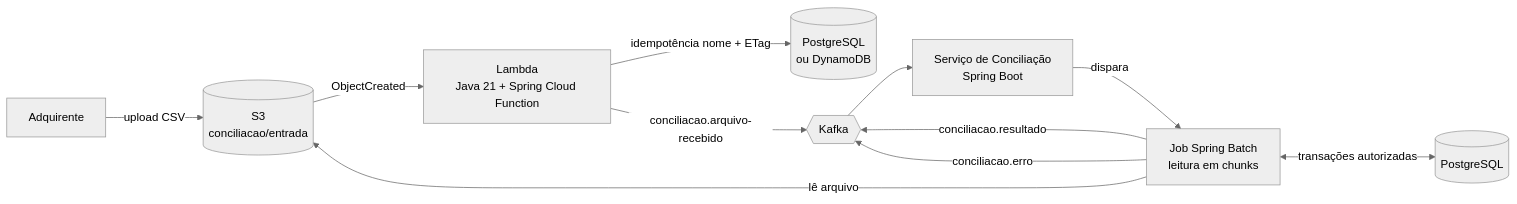
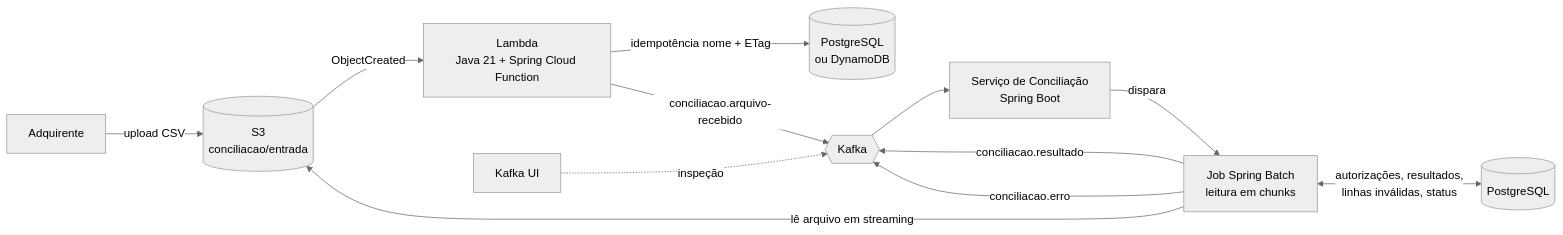
One commit to douglascroti/conciliacao-cartoes-spring-kafka changed the diagram in README.md. Above: the diagram before and after it, drawn with Mermaid (neutral theme). The commit also changed other lines of this file, not shown here.

````diff
--- a/README.md
+++ b/README.md
@@ -50,13 +53,14 @@
 ```mermaid
 flowchart LR
     A[Adquirente] -->|upload CSV| S3[(S3<br/>conciliacao/entrada)]
     S3 -->|ObjectCreated| L[Lambda<br/>Java 21 + Spring Cloud Function]
     L -->|idempotência nome + ETag| ID[(PostgreSQL<br/>ou DynamoDB)]
     L -->|conciliacao.arquivo-recebido| K{{Kafka}}
     K --> C[Serviço de Conciliação<br/>Spring Boot]
     C -->|dispara| B[Job Spring Batch<br/>leitura em chunks]
-    B -->|lê arquivo| S3
-    B <-->|transações autorizadas| DB[(PostgreSQL)]
+    B -->|lê arquivo em streaming| S3
+    B <-->|autorizações, resultados,<br/>linhas inválidas, status| DB[(PostgreSQL)]
     B -->|conciliacao.resultado| K
     B -->|conciliacao.erro| K
+    UI[Kafka UI] -.->|inspeção| K
 ```
````
